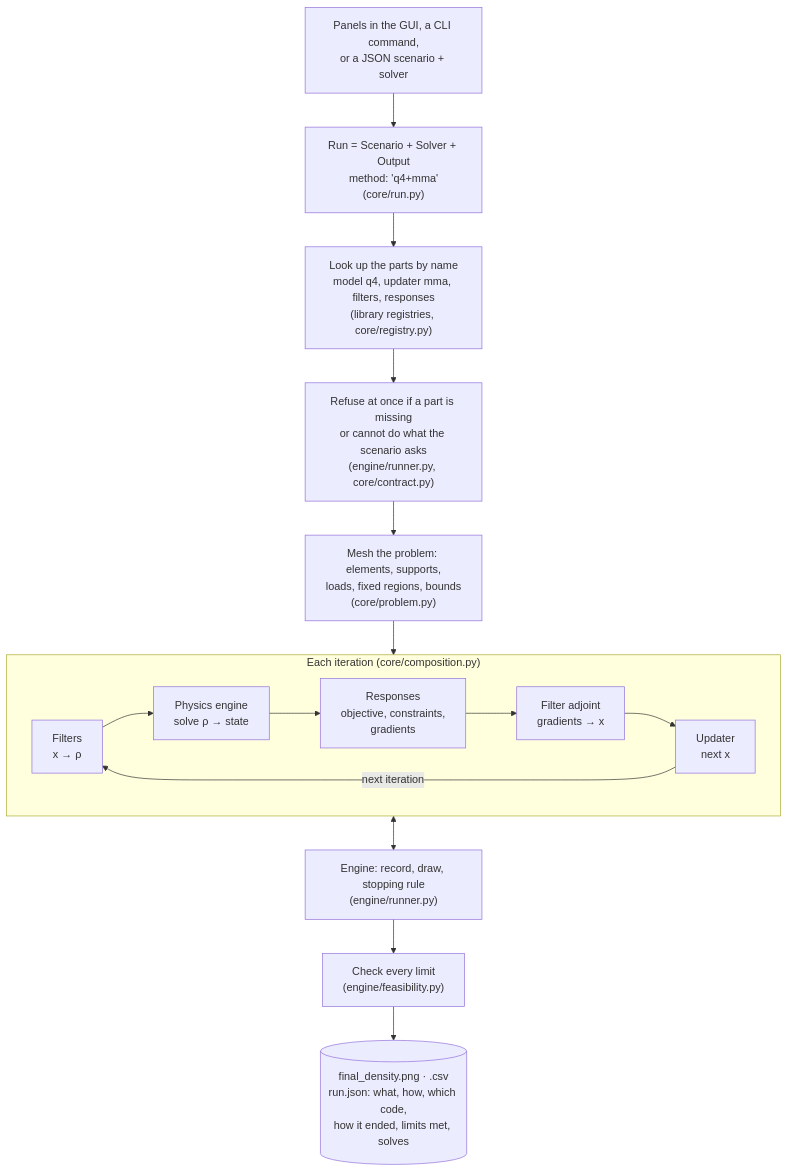
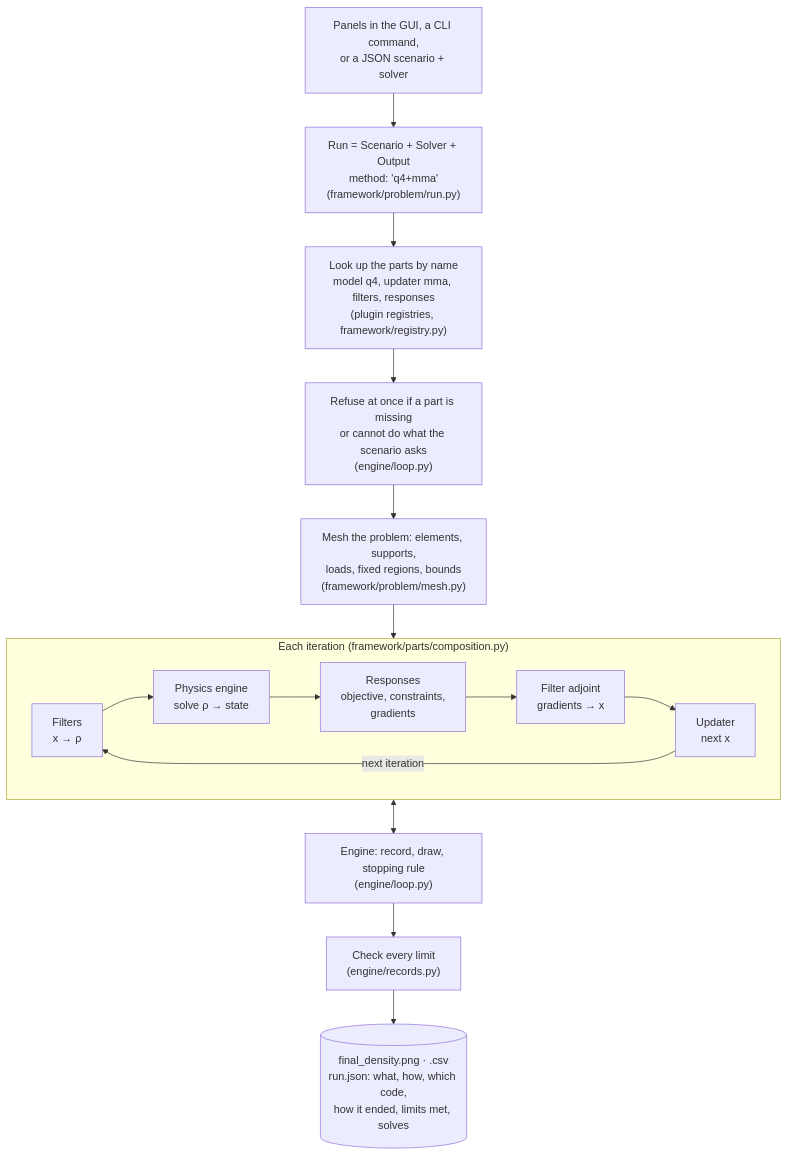
Before and after one commit to Toporia/Toporia-launcher: the second of 2 diagrams in toporia/README.md, drawn with Mermaid. The commit also changed other lines of this file and 83 other files, not shown here.

````diff
--- a/toporia/README.md
+++ b/toporia/README.md
@@ -70,27 +103,27 @@
 ```mermaid
 flowchart TB
     A["Panels in the GUI, a CLI command,<br/>or a JSON scenario + solver"]
-    B["Run = Scenario + Solver + Output<br/>method: 'q4+mma'<br/>(core/run.py)"]
-    C["Look up the parts by name<br/>model q4, updater mma, filters, responses<br/>(library registries, core/registry.py)"]
-    D["Refuse at once if a part is missing<br/>or cannot do what the scenario asks<br/>(engine/runner.py, core/contract.py)"]
-    E["Mesh the problem: elements, supports,<br/>loads, fixed regions, bounds<br/>(core/problem.py)"]
+    B["Run = Scenario + Solver + Output<br/>method: 'q4+mma'<br/>(framework/problem/run.py)"]
+    C["Look up the parts by name<br/>model q4, updater mma, filters, responses<br/>(plugin registries, framework/registry.py)"]
+    D["Refuse at once if a part is missing<br/>or cannot do what the scenario asks<br/>(engine/loop.py)"]
+    E["Mesh the problem: elements, supports,<br/>loads, fixed regions, bounds<br/>(framework/problem/mesh.py)"]
 
-    subgraph ITER["Each iteration (core/composition.py)"]
+    subgraph ITER["Each iteration (framework/parts/composition.py)"]
         direction LR
         F["Filters<br/>x → ρ"]
         G["Physics engine<br/>solve ρ → state"]
         H["Responses<br/>objective, constraints,<br/>gradients"]
         I["Filter adjoint<br/>gradients → x"]
         J["Updater<br/>next x"]
         F --> G --> H --> I --> J
         J -- "next iteration" --> F
     end
 
-    K["Engine: record, draw, stopping rule<br/>(engine/runner.py)"]
-    L["Check every limit<br/>(engine/feasibility.py)"]
+    K["Engine: record, draw, stopping rule<br/>(engine/loop.py)"]
+    L["Check every limit<br/>(engine/records.py)"]
     M[("final_density.png · .csv<br/>run.json: what, how, which code,<br/>how it ended, limits met, solves")]
 
     A --> B --> C --> D --> E --> ITER
     ITER <--> K
     K --> L --> M
 ```
````
